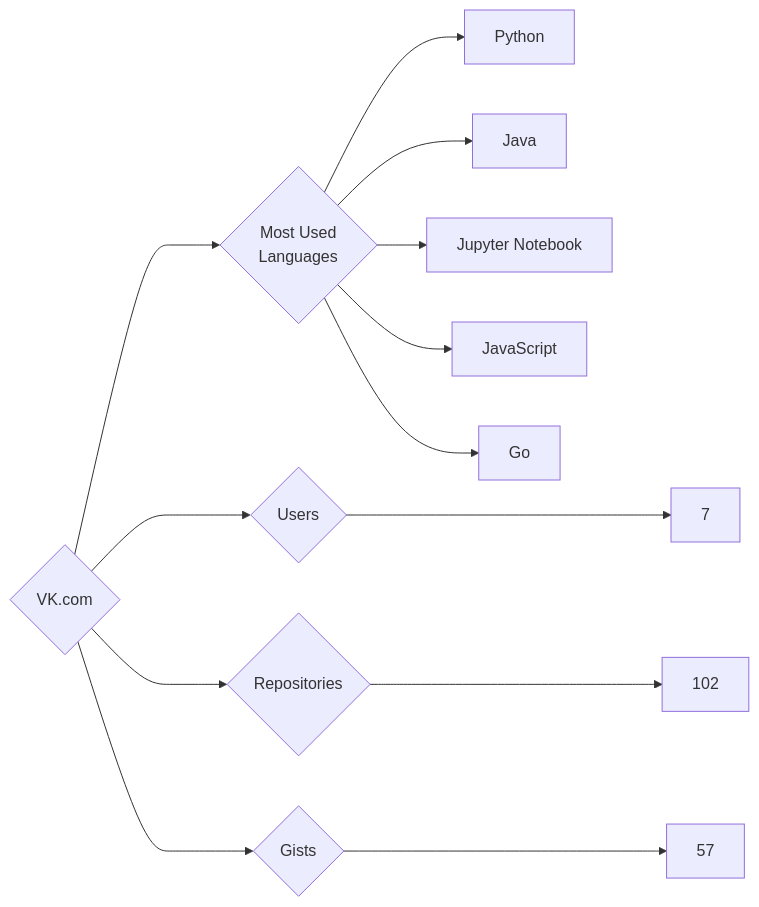
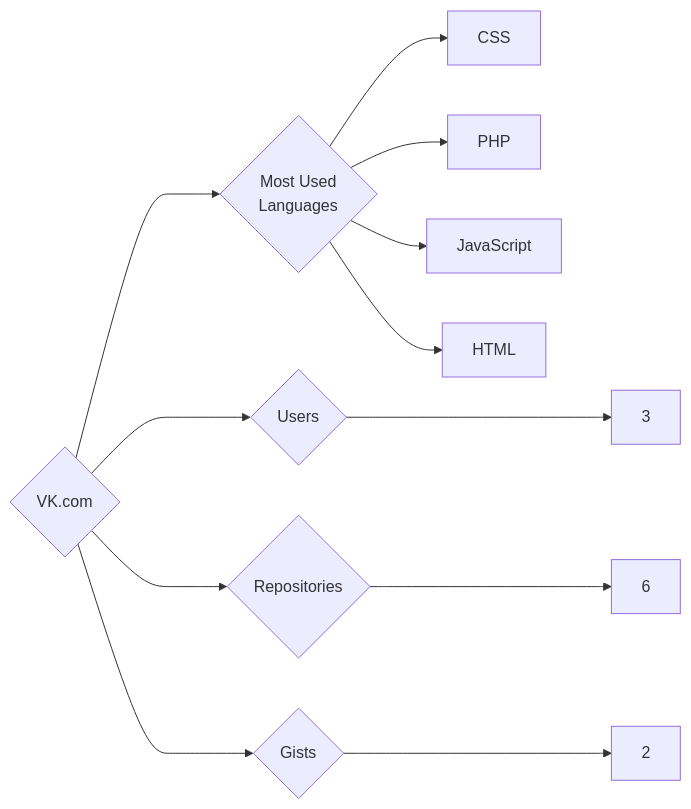
Before and after one commit to trickest/insiders: the diagram in targets/VK.com/README.md, drawn with Mermaid. The commit also changed 895 other files, not shown here.

````diff
--- a/targets/VK.com/README.md
+++ b/targets/VK.com/README.md
@@ -3,13 +3,12 @@
 ```mermaid
 graph LR
 COMPANY_NAME{VK.com}
-COMPANY_NAME ---> U{Users} ---> UN[7]
-COMPANY_NAME ---> R{Repositories} ---> RN[102]
-COMPANY_NAME ---> G{Gists} ---> GN[57]
+COMPANY_NAME ---> U{Users} ---> UN[3]
+COMPANY_NAME ---> R{Repositories} ---> RN[6]
+COMPANY_NAME ---> G{Gists} ---> GN[2]
 COMPANY_NAME ---> ML{Most Used<br>Languages}
-ML --> Python[Python]
-ML --> Java[Java]
-ML --> Jupyter_Notebook[Jupyter Notebook]
+ML --> CSS[CSS]
+ML --> PHP[PHP]
 ML --> JavaScript[JavaScript]
-ML --> Go[Go]
+ML --> HTML[HTML]
 ```
````
